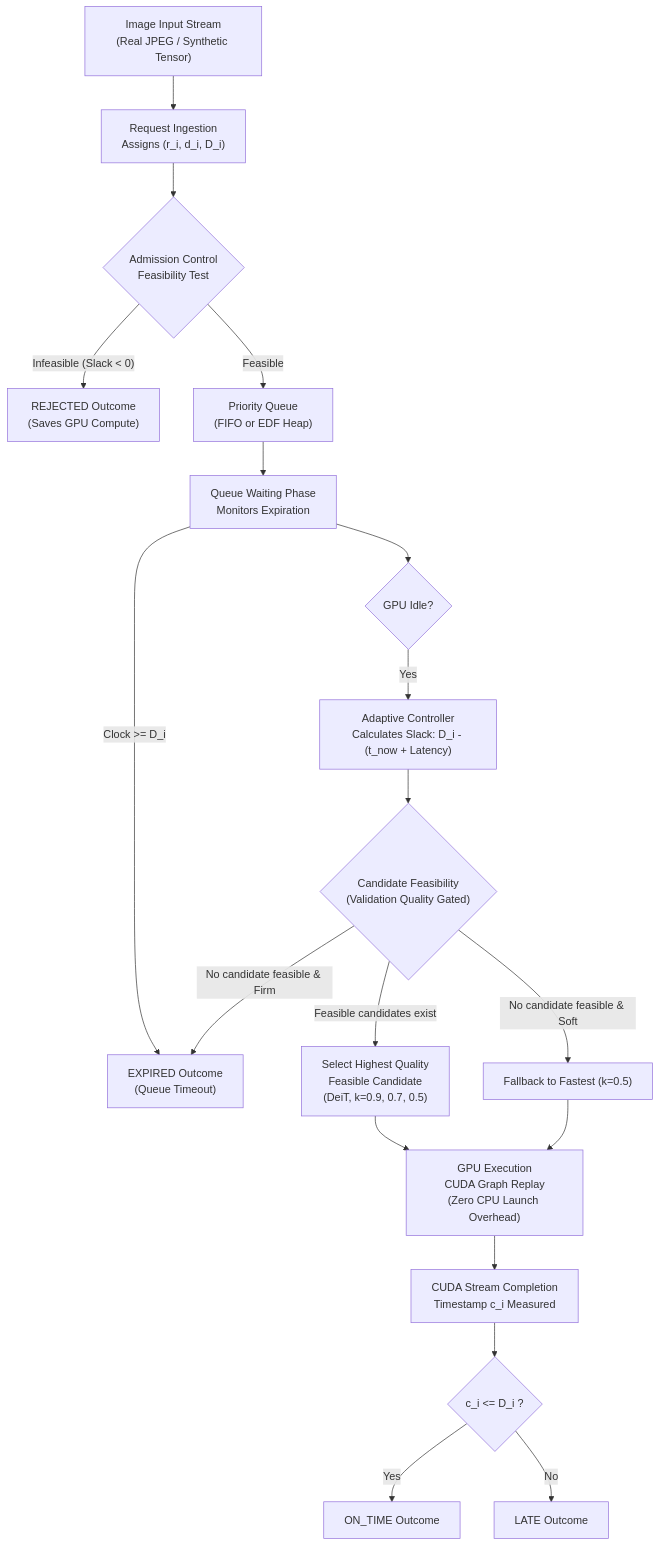
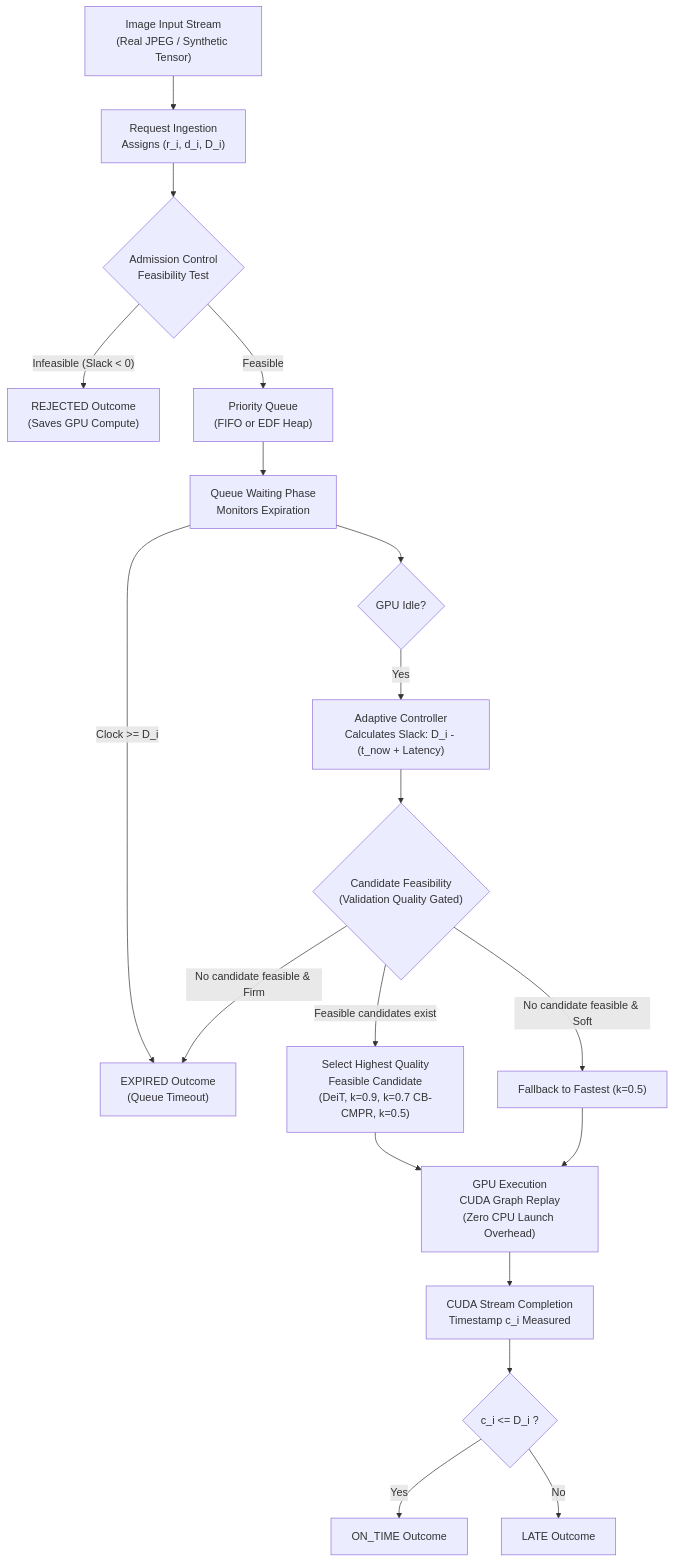
One commit to Piyu-cyber/RTS_PROJECT changed the second of 3 diagrams in docs/architecture.md. Above: the diagram before and after it, drawn with Mermaid. The commit also changed other lines of this file and 6 other files, not shown here.

````diff
--- a/docs/architecture.md
+++ b/docs/architecture.md
@@ -51,27 +52,27 @@
 ```mermaid
 flowchart TD
     ImgIn["Image Input Stream\n(Real JPEG / Synthetic Tensor)"] --> ReqGen["Request Ingestion\nAssigns (r_i, d_i, D_i)"]
     ReqGen --> AC{"Admission Control\nFeasibility Test"}
     
     AC -- "Infeasible (Slack < 0)" --> RejOut["REJECTED Outcome\n(Saves GPU Compute)"]
     AC -- "Feasible" --> Enqueue["Priority Queue\n(FIFO or EDF Heap)"]
     
     Enqueue --> SchedWait["Queue Waiting Phase\nMonitors Expiration"]
     SchedWait -- "Clock >= D_i" --> ExpOut["EXPIRED Outcome\n(Queue Timeout)"]
     
     SchedWait --> DispCheck{"GPU Idle?"}
     DispCheck -- "Yes" --> AdaptCtrl["Adaptive Controller\nCalculates Slack: D_i - (t_now + Latency)"]
     
     AdaptCtrl --> ModelSel{"Candidate Feasibility\n(Validation Quality Gated)"}
-    ModelSel -- "Feasible candidates exist" --> PickMax["Select Highest Quality\nFeasible Candidate\n(DeiT, k=0.9, 0.7, 0.5)"]
+    ModelSel -- "Feasible candidates exist" --> PickMax["Select Highest Quality\nFeasible Candidate\n(DeiT, k=0.9, k=0.7 CB-CMPR, k=0.5)"]
     ModelSel -- "No candidate feasible & Firm" --> ExpOut
     ModelSel -- "No candidate feasible & Soft" --> PickFast["Fallback to Fastest (k=0.5)"]
     
     PickMax --> GPURun["GPU Execution\nCUDA Graph Replay\n(Zero CPU Launch Overhead)"]
     PickFast --> GPURun
     
     GPURun --> Sync["CUDA Stream Completion\nTimestamp c_i Measured"]
     Sync --> Eval{"c_i <= D_i ?"}
     Eval -- "Yes" --> OntimeOut["ON_TIME Outcome"]
     Eval -- "No" --> LateOut["LATE Outcome"]
 ```
````
